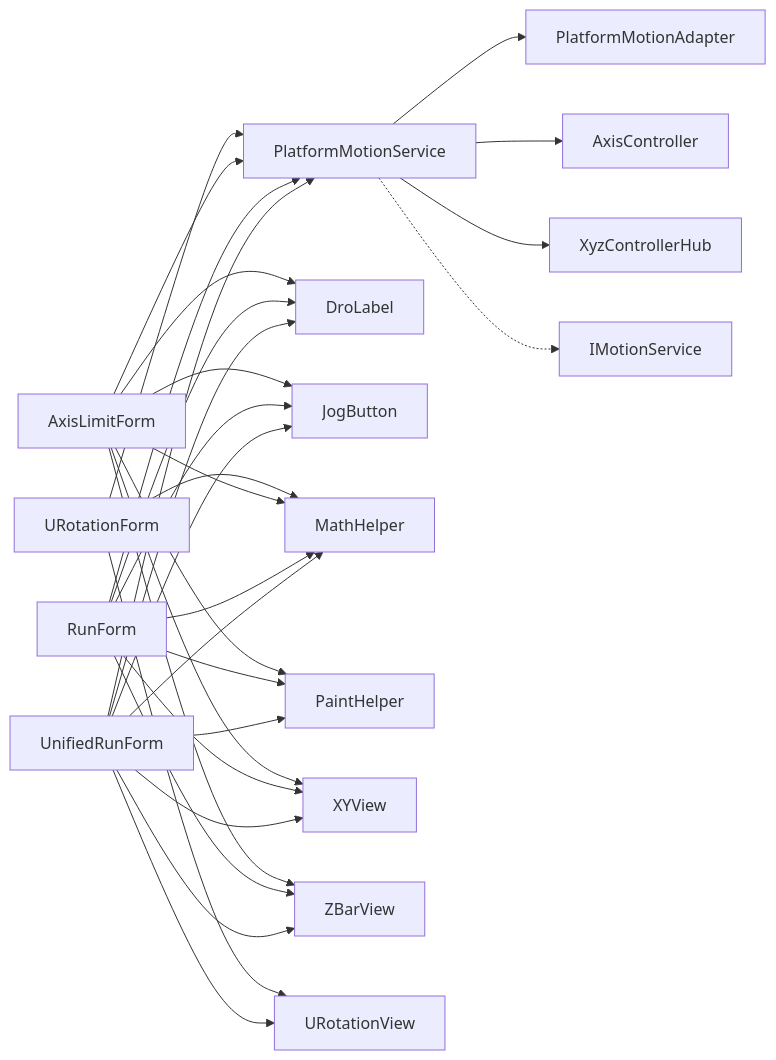
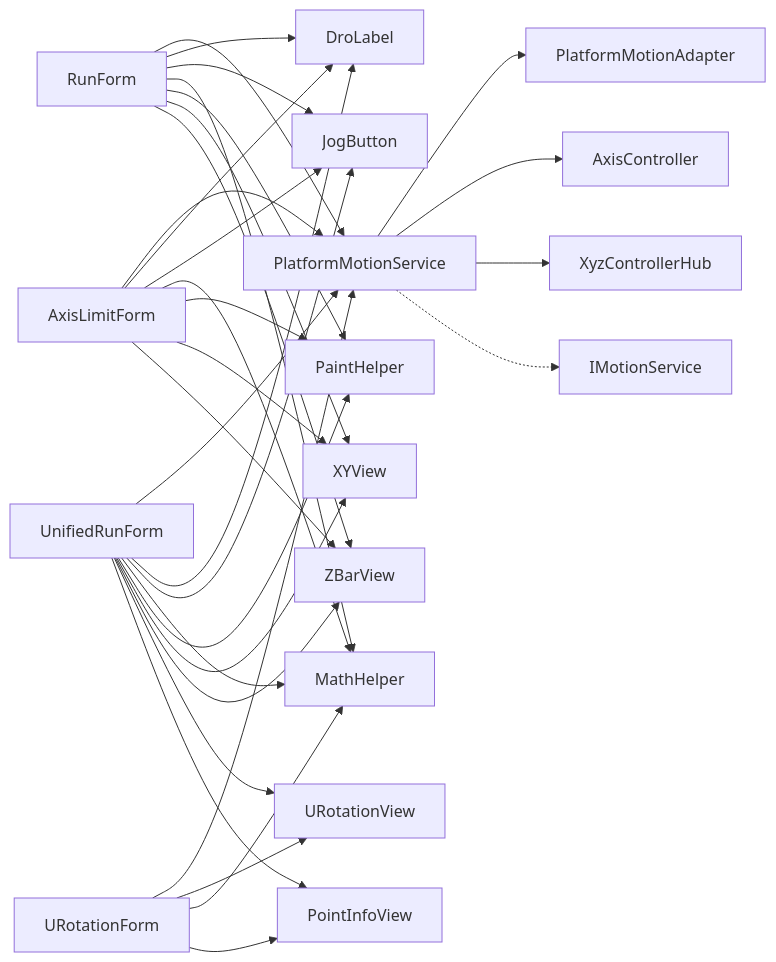
Before and after one commit to fuweiq94-cloud/339918076: the third of 3 diagrams in .qoder/repowiki/zh/content/核心功能模块/主控制模块 (MainControl)/主控制模块 (MainControl).md, drawn with Mermaid. The commit also changed other lines of this file and 75 other files, not shown here.

````diff
--- a/.qoder/repowiki/zh/content/核心功能模块/主控制模块 (MainControl)/主控制模块 (MainControl).md
+++ b/.qoder/repowiki/zh/content/核心功能模块/主控制模块 (MainControl)/主控制模块 (MainControl).md
@@ -612,32 +630,34 @@
 ```mermaid
 graph LR
 U["UnifiedRunForm"] --> S["PlatformMotionService"]
 R["RunForm"] --> S
 L["AxisLimitForm"] --> S
 RF["URotationForm"] --> S
 S --> A["PlatformMotionAdapter"]
 S --> AC["AxisController"]
 S --> XH["XyzControllerHub"]
 S -.-> I["IMotionService"]
 U --> C1["DroLabel"]
 U --> C2["JogButton"]
 U --> C3["MathHelper"]
 U --> C4["PaintHelper"]
 U --> C5["XYView"]
 U --> C6["ZBarView"]
 U --> C7["URotationView"]
+U --> C8["PointInfoView"]
 R --> C1
 R --> C2
 R --> C3
 R --> C4
 R --> C5
 R --> C6
 L --> C1
 L --> C2
 L --> C3
 L --> C4
 L --> C5
 L --> C6
 RF --> C7
 RF --> C3
+RF --> C8
 ```
````
